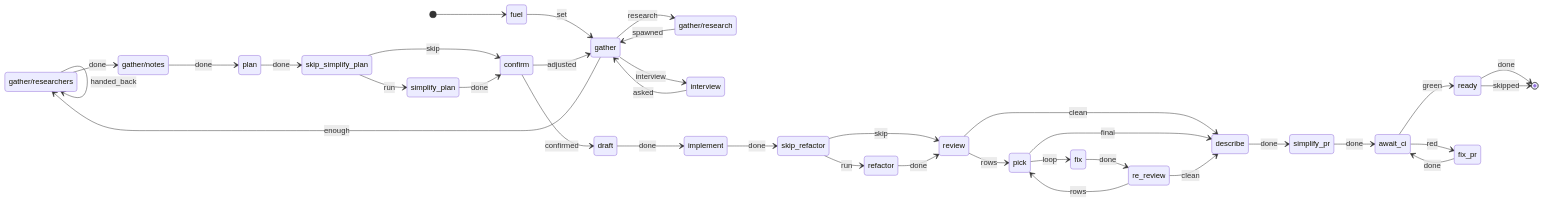
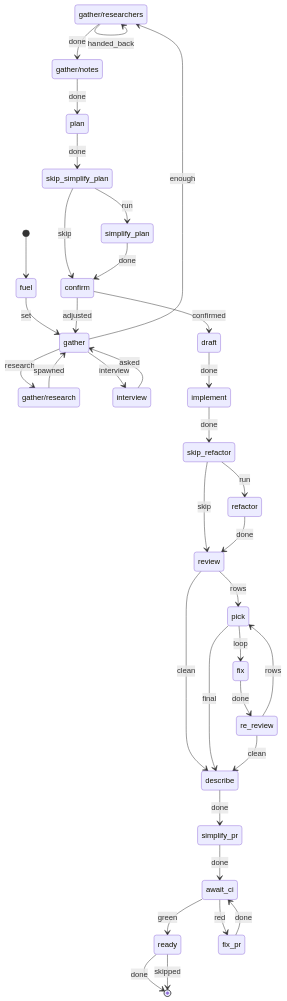
The second of 5 diagrams in docs/harness/FLOWS.md (ILIYANGERMANOV/nixos), drawn with Mermaid before and after one commit. The commit also changed other lines of this file and 6 other files, not shown here.

First line of the commit message:
[agents] Render flows top-down; COMPARISON flow-adherence rows

````diff
--- a/docs/harness/FLOWS.md
+++ b/docs/harness/FLOWS.md
@@ -89,44 +89,44 @@
 ```mermaid
 
 stateDiagram-v2
-  direction LR
+  direction TB
   state "gather/researchers" as gather__researchers
   state "gather/notes" as gather__notes
   state "gather/research" as gather__research
   [*] --> fuel
   fuel --> gather: set
   gather --> gather__researchers: enough
   gather --> interview: interview
   gather --> gather__research: research
   gather__researchers --> gather__notes: done
   gather__researchers --> gather__researchers: handed_back
   gather__notes --> plan: done
   gather__research --> gather: spawned
   interview --> gather: asked
   plan --> skip_simplify_plan: done
   skip_simplify_plan --> simplify_plan: run
   skip_simplify_plan --> confirm: skip
   simplify_plan --> confirm: done
   confirm --> gather: adjusted
   confirm --> draft: confirmed
   draft --> implement: done
   implement --> skip_refactor: done
   skip_refactor --> refactor: run
   skip_refactor --> review: skip
   refactor --> review: done
   review --> describe: clean
   review --> pick: rows
   pick --> describe: final
   pick --> fix: loop
   fix --> re_review: done
   re_review --> describe: clean
   re_review --> pick: rows
   describe --> simplify_pr: done
   simplify_pr --> await_ci: done
   await_ci --> ready: green
   await_ci --> fix_pr: red
   fix_pr --> await_ci: done
   ready --> [*]: done
   ready --> [*]: skipped
 
 ```
````
